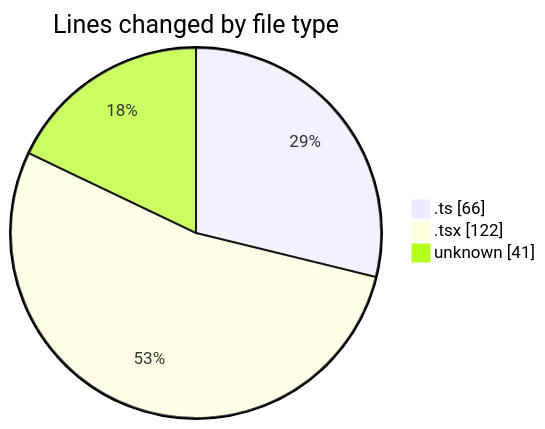
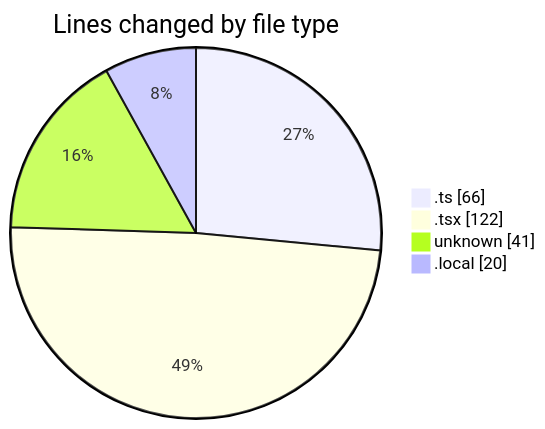
The first of 2 diagrams in 2026-02-26/car_database/README.md (momahboobian/code-tracking), drawn with Mermaid before and after one commit. The commit also changed other lines of this file and 1 other file, not shown here.

````diff
--- a/2026-02-26/car_database/README.md
+++ b/2026-02-26/car_database/README.md
@@ -22,7 +23,8 @@
 ```mermaid
 pie showData
 title Lines changed by file type
 ".ts" : 66
 ".tsx" : 122
 "unknown" : 41
+".local" : 20
 ```
````
